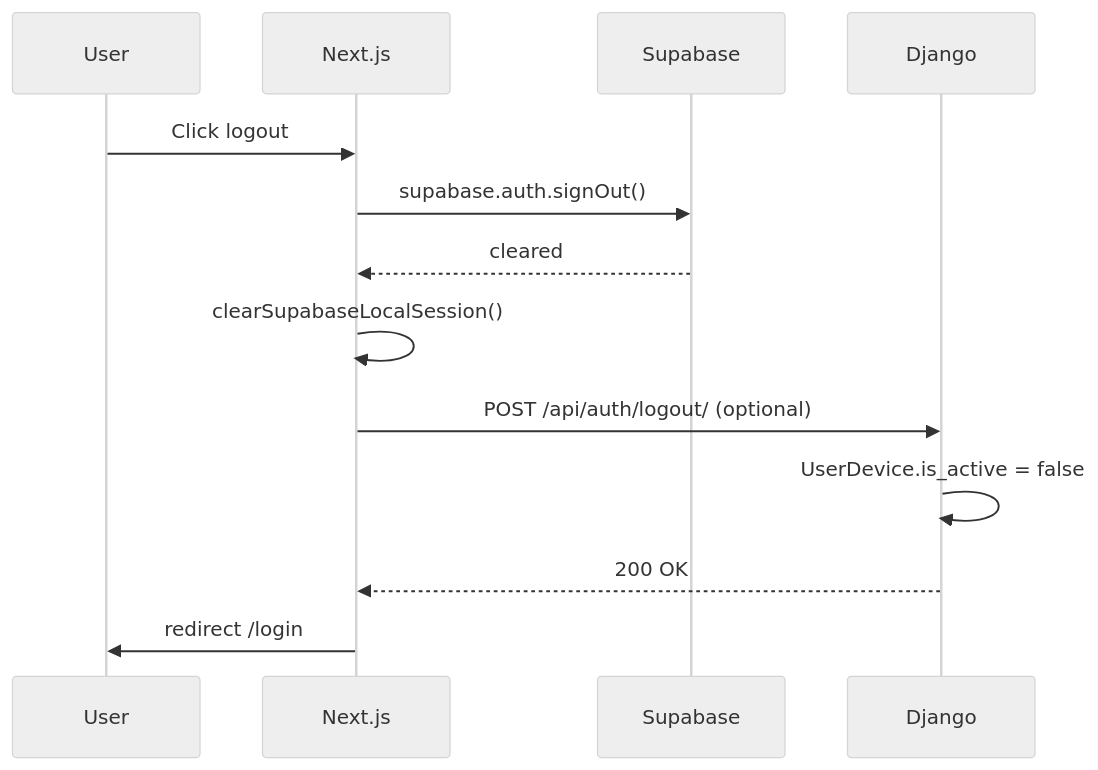
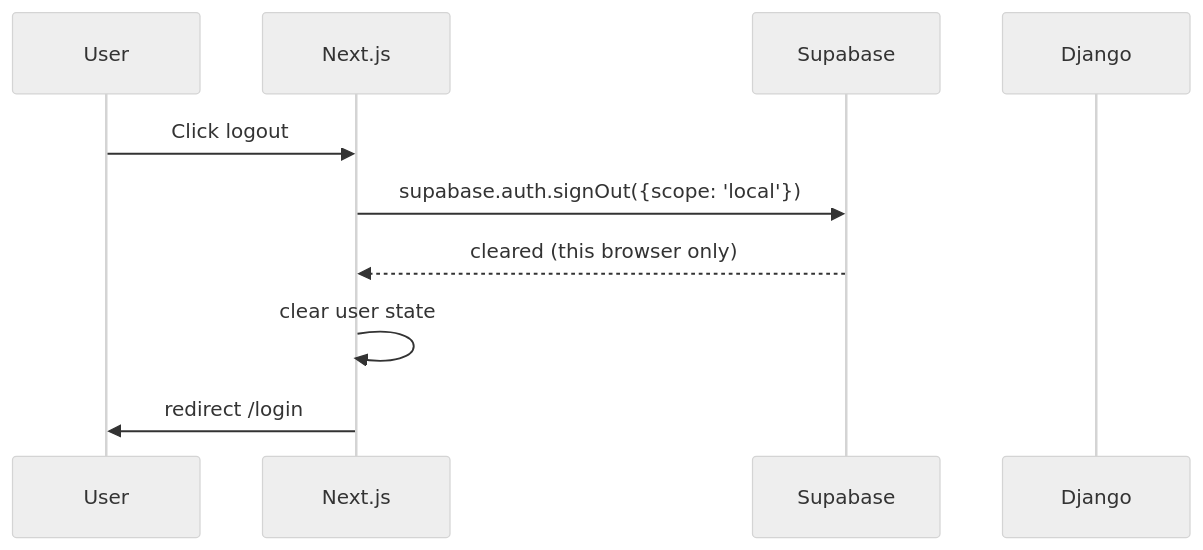
Before and after one commit to Divyanshu1Dubey/Crack_Me_AI: the sixth of 6 diagrams in docs/AUTHENTICATION.md, drawn with Mermaid (neutral theme). The commit also changed other lines of this file and 26 other files, not shown here.

````diff
--- a/docs/AUTHENTICATION.md
+++ b/docs/AUTHENTICATION.md
@@ -418,16 +431,13 @@
 ```mermaid
 sequenceDiagram
     participant U as User
     participant FE as Next.js
     participant SB as Supabase
     participant API as Django
 
     U->>FE: Click logout
-    FE->>SB: supabase.auth.signOut()
-    SB-->>FE: cleared
-    FE->>FE: clearSupabaseLocalSession()
-    FE->>API: POST /api/auth/logout/ (optional)
-    API->>API: UserDevice.is_active = false
-    API-->>FE: 200 OK
+    FE->>SB: supabase.auth.signOut({scope: 'local'})
+    SB-->>FE: cleared (this browser only)
+    FE->>FE: clear user state
     FE->>U: redirect /login
 ```
````
